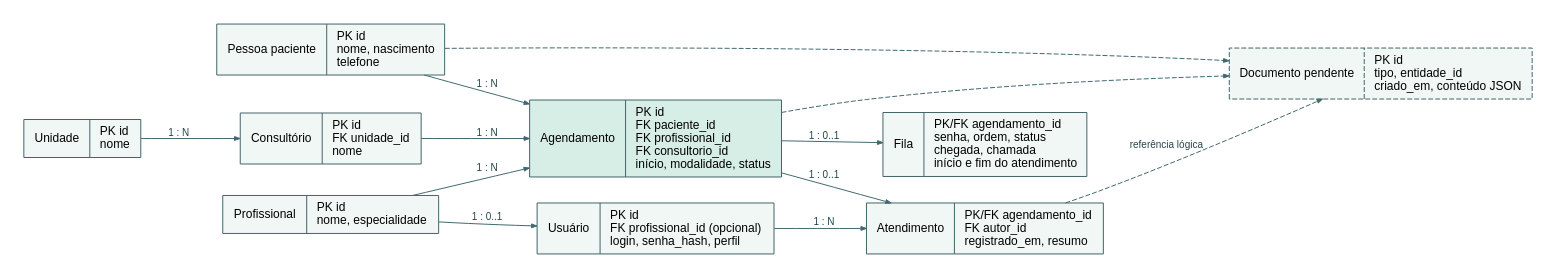
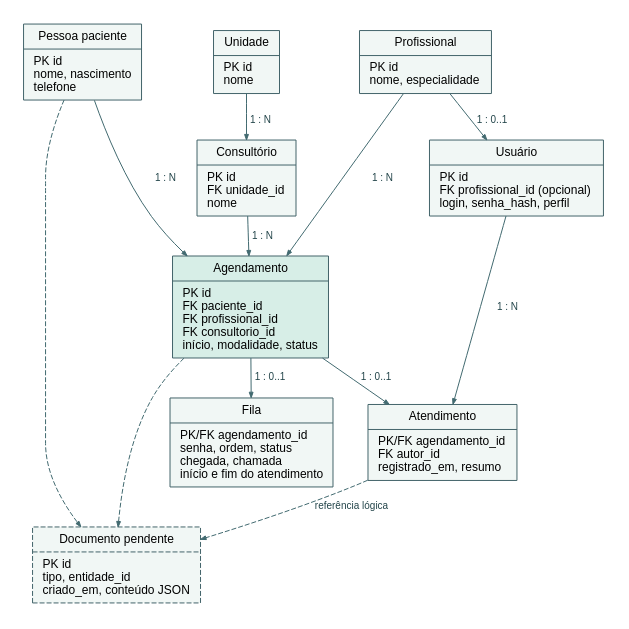
Before and after one commit to bezerramaison7-debug/pim-vi-sistema-prontuario-fila-inteligente: the diagram in docs/er.dot, drawn with Graphviz. The commit also changed 12 other files, not shown here.

```diff
--- a/docs/er.dot
+++ b/docs/er.dot
@@ -1,17 +1,20 @@
 digraph Clinica {
-  graph [rankdir=LR, bgcolor="white", pad=.23, nodesep=.35, ranksep=.65, splines=spline];
+  graph [rankdir=TB, bgcolor="white", pad=.23, nodesep=.48, ranksep=.38, splines=spline];
   node [shape=record, fontname="Liberation Sans", fontsize=12, style=filled, color="#43646a", fillcolor="#f1f7f5", margin=".14,.08"];
   edge [fontname="Liberation Sans", fontsize=10, color="#426a70", fontcolor="#23454a", arrowsize=.55];
   U [label="{Unidade|PK id\lnome\l}"];
   S [label="{Consultório|PK id\lFK unidade_id\lnome\l}"];
   P [label="{Pessoa paciente|PK id\lnome, nascimento\ltelefone\l}"];
   D [label="{Profissional|PK id\lnome, especialidade\l}"];
   A [label="{Agendamento|PK id\lFK paciente_id\lFK profissional_id\lFK consultorio_id\linício, modalidade, status\l}",fillcolor="#d7eee7"];
   F [label="{Fila|PK/FK agendamento_id\lsenha, ordem, status\lchegada, chamada\linício e fim do atendimento\l}"];
   H [label="{Atendimento|PK/FK agendamento_id\lFK autor_id\lregistrado_em, resumo\l}"];
   R [label="{Usuário|PK id\lFK profissional_id (opcional)\llogin, senha_hash, perfil\l}"];
   J [label="{Documento pendente|PK id\ltipo, entidade_id\lcriado_em, conteúdo JSON\l}",style="filled,dashed"];
+  {rank=same; P; D; U;}
+  {rank=same; R; S;}
+  {rank=same; F; H;}
   U -> S [label=" 1 : N "]; S -> A [label=" 1 : N "]; P -> A [label=" 1 : N "]; D -> A [label=" 1 : N "];
   D -> R [label=" 1 : 0..1 "]; R -> H [label=" 1 : N "]; A -> F [label=" 1 : 0..1 "]; A -> H [label=" 1 : 0..1 "];
   H -> J [label=" referência lógica ",style=dashed]; A -> J [style=dashed]; P -> J [style=dashed];
 }
```
